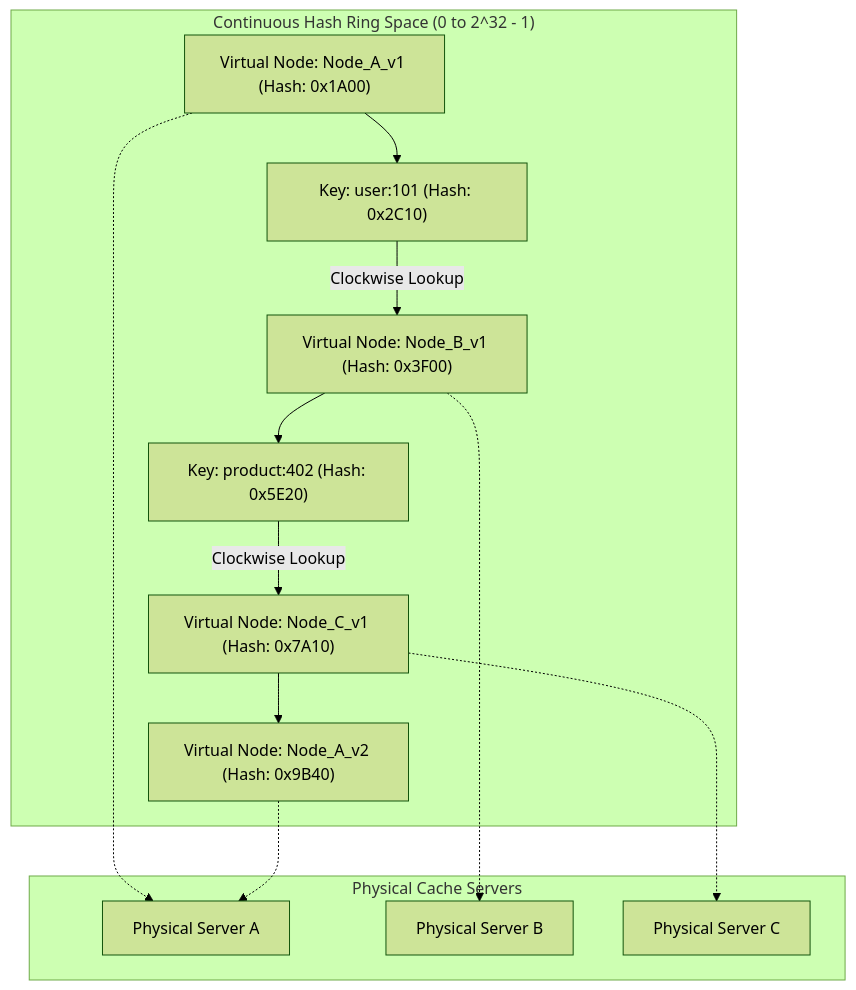
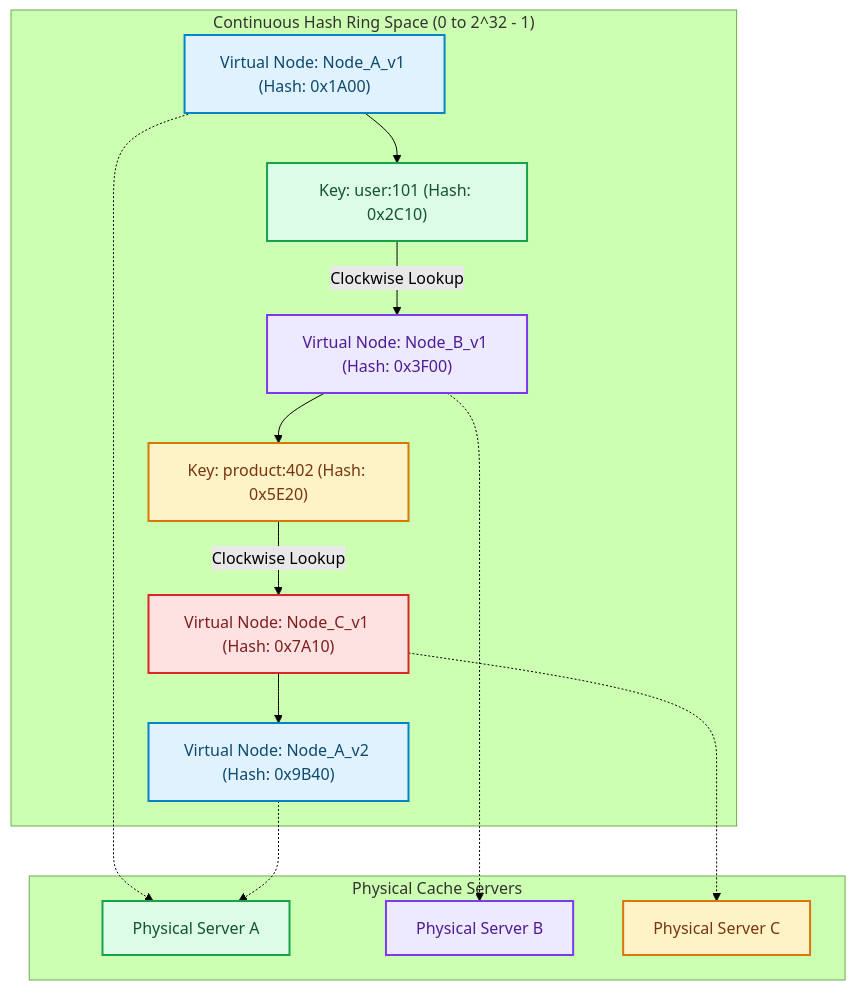
Before and after one commit to akmalkhaniub/akmalkhaniub.github.io: the diagram in blog/posts/consistent-hashing-dynamic-cache-sharding-virtual-nodes.md, drawn with Mermaid (forest theme). The commit also changed other lines of this file and 1291 other files, not shown here.

First line of the commit message:
feat(catalog): unique covers, scholarly references, and diagram palettes

````diff
--- a/blog/posts/consistent-hashing-dynamic-cache-sharding-virtual-nodes.md
+++ b/blog/posts/consistent-hashing-dynamic-cache-sharding-virtual-nodes.md
@@ -22,17 +22,28 @@
 ```mermaid
 flowchart TD
   subgraph SG1_ContinuousHashRing ["Continuous Hash Ring Space (0 to 2^32 - 1)"]
     R1["Virtual Node: Node_A_v1 (Hash: 0x1A00)"] --> R2["Key: user:101 (Hash: 0x2C10)"]
     R2 -->|Clockwise Lookup| R3["Virtual Node: Node_B_v1 (Hash: 0x3F00)"]
     R3 --> R4["Key: product:402 (Hash: 0x5E20)"]
     R4 -->|Clockwise Lookup| R5["Virtual Node: Node_C_v1 (Hash: 0x7A10)"]
     R5 --> R6["Virtual Node: Node_A_v2 (Hash: 0x9B40)"]
   end
   
   subgraph SG2_PhysicalCacheServers ["Physical Cache Servers"]
-    R1 -.-> ServerA[Physical Server A]
+    R1 -.-> ServerA["Physical Server A"]
     R6 -.-> ServerA
-    R3 -.-> ServerB[Physical Server B]
-    R5 -.-> ServerC[Physical Server C]
+    R3 -.-> ServerB["Physical Server B"]
+    R5 -.-> ServerC["Physical Server C"]
   end
+
+classDef green fill:#dcfce7,stroke:#16a34a,stroke-width:2px,color:#14532d;
+classDef red fill:#fee2e2,stroke:#dc2626,stroke-width:2px,color:#7f1d1d;
+classDef blue fill:#e0f2fe,stroke:#0284c7,stroke-width:2px,color:#0c4a6e;
+classDef yellow fill:#fef3c7,stroke:#d97706,stroke-width:2px,color:#78350f;
+classDef purple fill:#ede9fe,stroke:#7c3aed,stroke-width:2px,color:#4c1d95;
+class R1,R6 blue
+class R2,ServerA green
+class R3,ServerB purple
+class R4,ServerC yellow
+class R5 red
 ```
````
